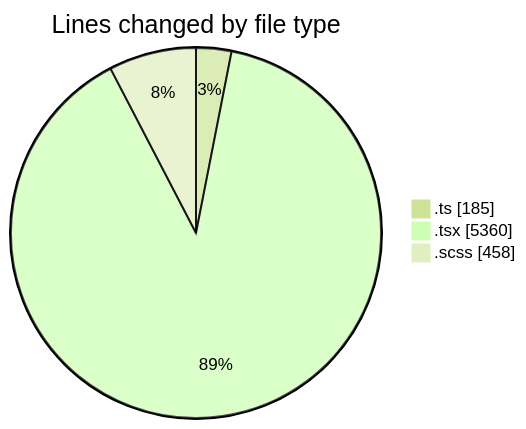
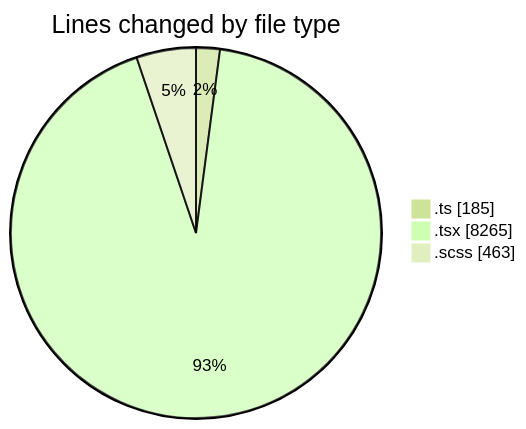
The first of 2 diagrams in 2026-11-05/cda/README.md (momahboobian/code-tracking), drawn with Mermaid (forest theme) before and after one commit. The commit also changed other lines of this file and 1 other file, not shown here.

````diff
--- a/2026-11-05/cda/README.md
+++ b/2026-11-05/cda/README.md
@@ -40,7 +45,7 @@
 ```mermaid
 pie showData
 title Lines changed by file type
 ".ts" : 185
-".tsx" : 5360
-".scss" : 458
+".tsx" : 8265
+".scss" : 463
 ```
````
